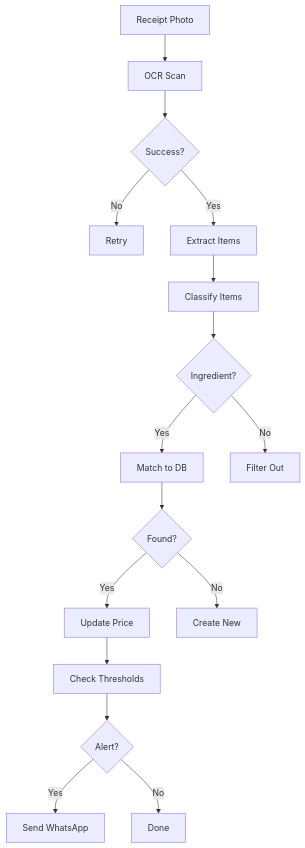
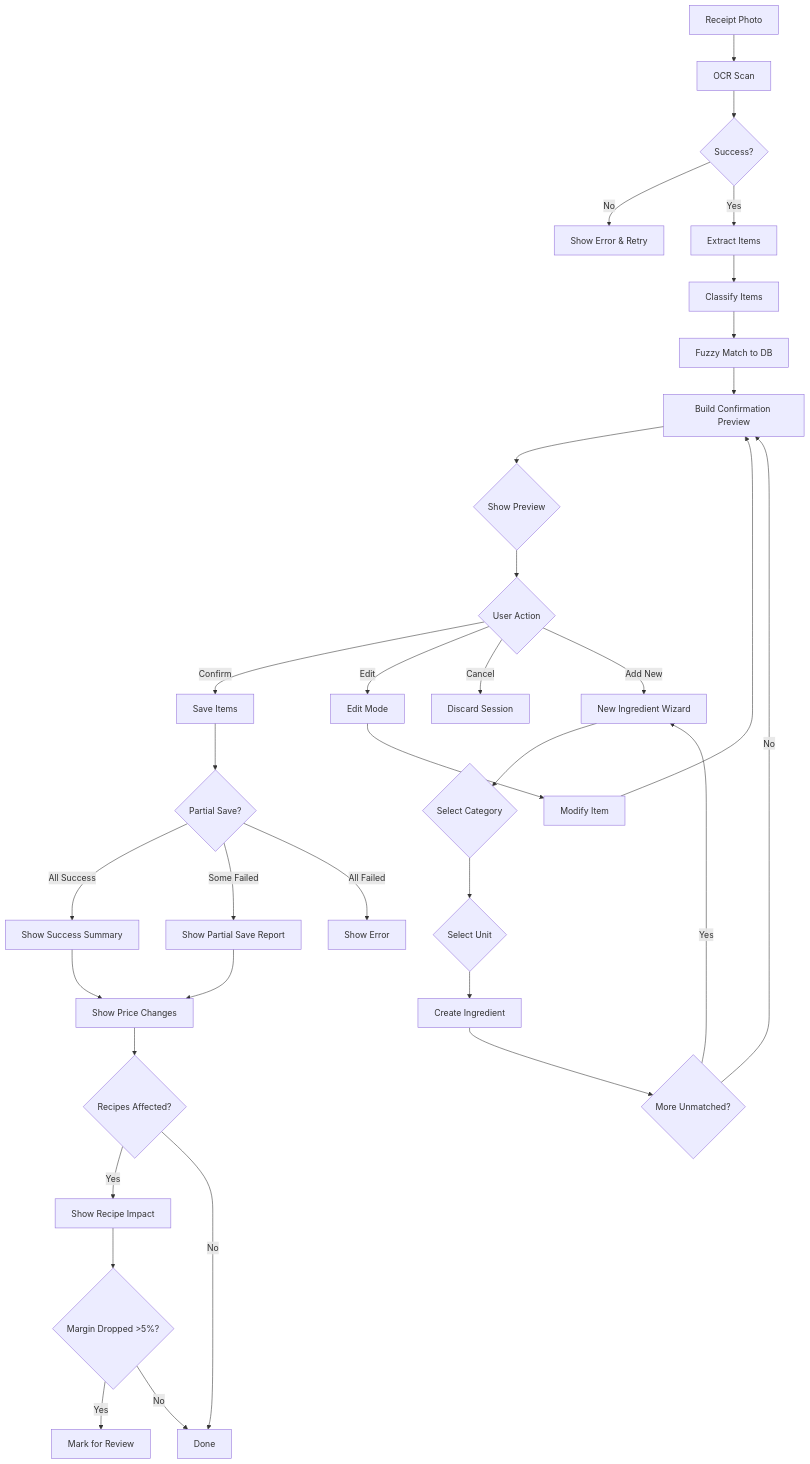
One commit to ardyutama/nastart changed the seventh of 14 diagrams in docs/nastart-complete-docs.md. Above: the diagram before and after it, drawn with Mermaid. The commit also changed other lines of this file and 12 other files, not shown here.

````diff
--- a/docs/nastart-complete-docs.md
+++ b/docs/nastart-complete-docs.md
@@ -484,18 +517,41 @@
 ```mermaid
 flowchart TD
     A[Receipt Photo] --> B[OCR Scan]
     B --> C{Success?}
-    C -->|No| D[Retry]
+    C -->|No| D[Show Error & Retry]
     C -->|Yes| E[Extract Items]
     E --> F[Classify Items]
-    F --> G{Ingredient?}
-    G -->|Yes| H[Match to DB]
-    G -->|No| I[Filter Out]
-    H --> J{Found?}
-    J -->|Yes| K[Update Price]
-    J -->|No| L[Create New]
-    K --> M[Check Thresholds]
-    M --> N{Alert?}
-    N -->|Yes| O[Send WhatsApp]
-    N -->|No| P[Done]
+    F --> G[Fuzzy Match to DB]
+    G --> H[Build Confirmation Preview]
+    
+    H --> I{Show Preview}
+    I --> J{User Action}
+    J -->|Confirm| K[Save Items]
+    J -->|Edit| L[Edit Mode]
+    J -->|Cancel| M[Discard Session]
+    J -->|Add New| N[New Ingredient Wizard]
+    
+    L --> O[Modify Item]
+    O --> H
+    
+    N --> P{Select Category}
+    P --> Q{Select Unit}
+    Q --> R[Create Ingredient]
+    R --> S{More Unmatched?}
+    S -->|Yes| N
+    S -->|No| H
+    
+    K --> T{Partial Save?}
+    T -->|All Success| U[Show Success Summary]
+    T -->|Some Failed| V[Show Partial Save Report]
+    T -->|All Failed| W[Show Error]
+    
+    U --> X[Show Price Changes]
+    V --> X
+    X --> Y{Recipes Affected?}
+    Y -->|Yes| Z[Show Recipe Impact]
+    Y -->|No| AA[Done]
+    Z --> AB{Margin Dropped >5%?}
+    AB -->|Yes| AC[Mark for Review]
+    AB -->|No| AA
 ```
````
